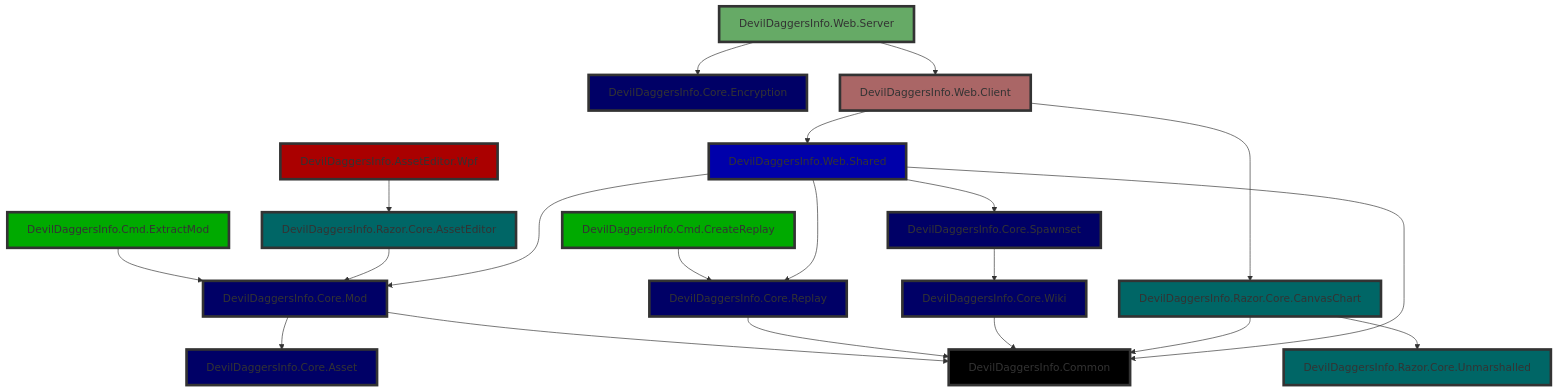
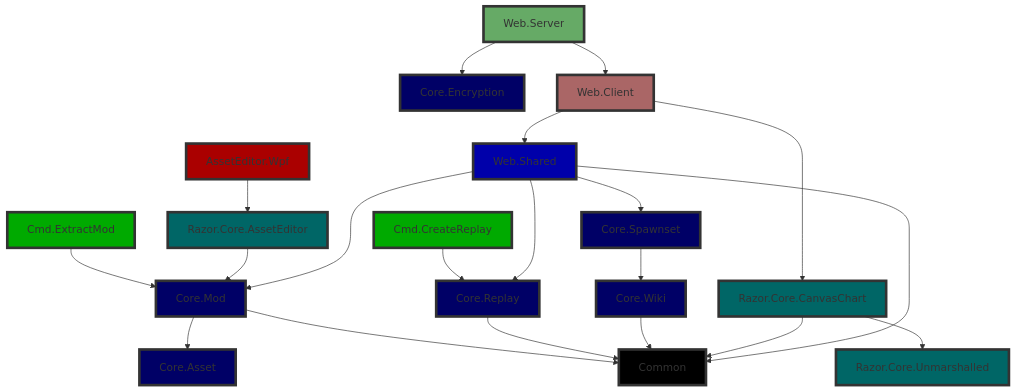
One commit to NoahStolk/ddinfo-web changed the first of 2 diagrams in docs/architecture.md. Above: the diagram before and after it, drawn with Mermaid. The commit also changed other lines of this file, not shown here.

````diff
--- a/docs/architecture.md
+++ b/docs/architecture.md
@@ -20,69 +20,69 @@
 ```mermaid
 flowchart TD;
 
-    asseteditor_wpf[DevilDaggersInfo.AssetEditor.Wpf]
-    cmd_createreplay[DevilDaggersInfo.Cmd.CreateReplay]
-    cmd_extractmod[DevilDaggersInfo.Cmd.ExtractMod]
-    common[DevilDaggersInfo.Common]
-    core_asset[DevilDaggersInfo.Core.Asset]
-    core_encryption[DevilDaggersInfo.Core.Encryption]
-    core_mod[DevilDaggersInfo.Core.Mod]
-    core_replay[DevilDaggersInfo.Core.Replay]
-    core_spawnset[DevilDaggersInfo.Core.Spawnset]
-    core_wiki[DevilDaggersInfo.Core.Wiki]
-    razor_core_asseteditor[DevilDaggersInfo.Razor.Core.AssetEditor]
-    razor_core_canvaschart[DevilDaggersInfo.Razor.Core.CanvasChart]
-    razor_core_unmarshalled[DevilDaggersInfo.Razor.Core.Unmarshalled]
-    web_client[DevilDaggersInfo.Web.Client]
-    web_server[DevilDaggersInfo.Web.Server]
-    web_shared[DevilDaggersInfo.Web.Shared]
+    asseteditor_wpf[AssetEditor.Wpf]
+    cmd_createreplay[Cmd.CreateReplay]
+    cmd_extractmod[Cmd.ExtractMod]
+    common[Common]
+    core_asset[Core.Asset]
+    core_encryption[Core.Encryption]
+    core_mod[Core.Mod]
+    core_replay[Core.Replay]
+    core_spawnset[Core.Spawnset]
+    core_wiki[Core.Wiki]
+    razor_core_asseteditor[Razor.Core.AssetEditor]
+    razor_core_canvaschart[Razor.Core.CanvasChart]
+    razor_core_unmarshalled[Razor.Core.Unmarshalled]
+    web_client[Web.Client]
+    web_server[Web.Server]
+    web_shared[Web.Shared]
 	
 	class asseteditor_wpf ui;
 	class cmd_createreplay,cmd_extractmod cmd;
 	class common common;
 	class core_asset,core_encryption,core_mod,core_replay,core_spawnset,core_wiki core;
 	class razor_core_asseteditor,razor_core_canvaschart,razor_core_unmarshalled razor_core;
 	class web_client web_client;
 	class web_server web_server;
 	class web_shared web_shared;
 
     classDef ui fill:#a00,stroke:#333,stroke-width:4px;
     classDef cmd fill:#0a0,stroke:#333,stroke-width:4px;
     classDef common fill:#000,stroke:#333,stroke-width:4px;
     classDef core fill:#006,stroke:#333,stroke-width:4px;
     classDef razor_core fill:#066,stroke:#333,stroke-width:4px;
     classDef web_client fill:#a66,stroke:#333,stroke-width:4px;
     classDef web_server fill:#6a6,stroke:#333,stroke-width:4px;
     classDef web_shared fill:#00a,stroke:#333,stroke-width:4px;
 
 	asseteditor_wpf --> razor_core_asseteditor
 
 	cmd_createreplay --> core_replay
 	
 	cmd_extractmod --> core_mod
 	
 	core_mod --> core_asset
 	core_mod --> common
 	
 	core_replay --> common
 	
 	core_spawnset --> core_wiki
 	
 	core_wiki --> common
 	
 	razor_core_asseteditor --> core_mod
 	
 	razor_core_canvaschart --> razor_core_unmarshalled
 	razor_core_canvaschart --> common
 
 	web_client --> razor_core_canvaschart
 	web_client --> web_shared
 	
 	web_server --> core_encryption
 	web_server --> web_client
 	
 	web_shared --> common
 	web_shared --> core_mod
 	web_shared --> core_replay
 	web_shared --> core_spawnset
 ```
````
